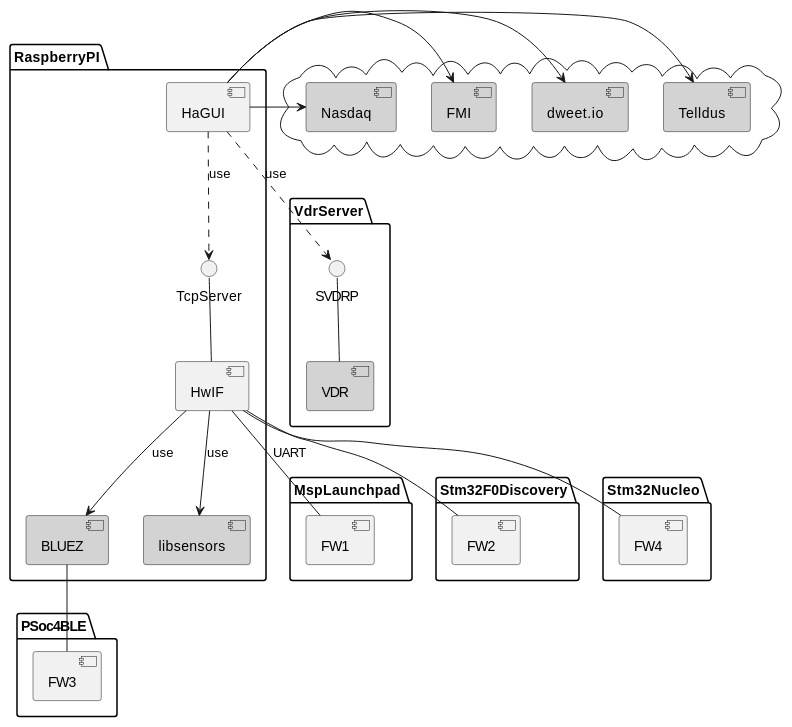
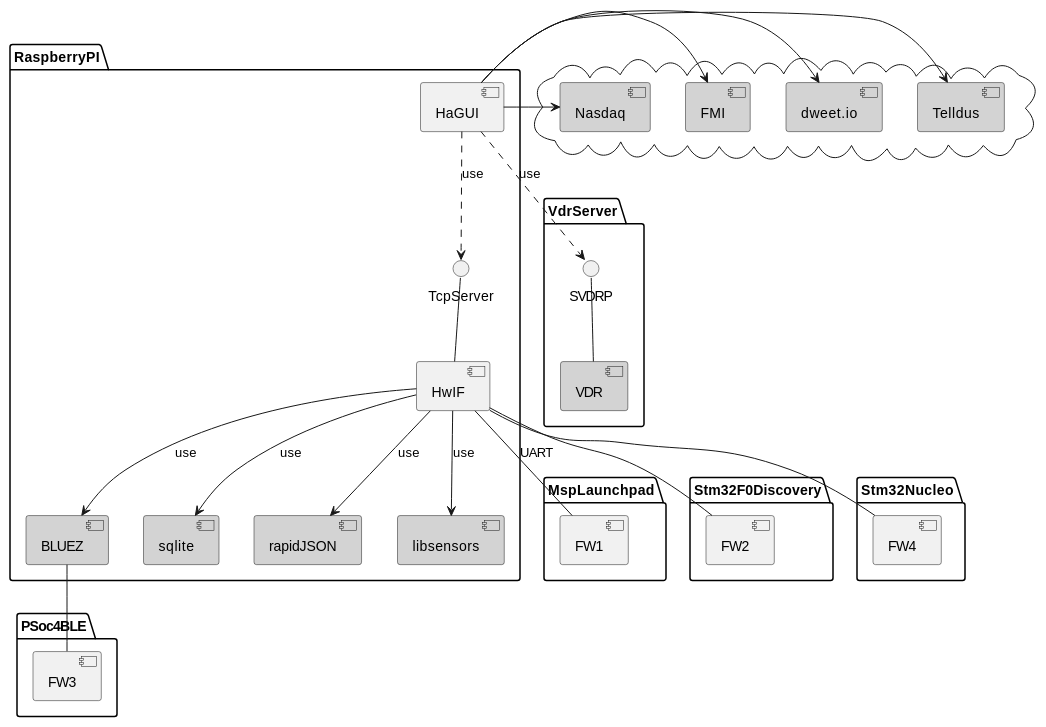
Before and after one commit to ojari/ojari.github.io: the diagram in github.org, drawn with PlantUML. The commit also changed other lines of this file, not shown here.

```diff
--- a/github.org
+++ b/github.org
@@ -16,58 +16,62 @@
 #+begin_src plantuml :file uml1.png
 skinparam componentStyle uml2
 
 package RaspberryPI {
    interface TcpServer
    [HaGUI]
    [HwIF]
 
    component [BLUEZ] #LightGrey
+   component [sqlite] #LightGrey
+   component [rapidJSON] #LightGrey
    component [libsensors] #LightGrey
 
    [HaGUI] .down.> TcpServer : use
 
    TcpServer -down- [HwIF]
    [HwIF] -down-> [BLUEZ] : use
    [HwIF] -down-> [libsensors] : use
+   [HwIF] -down-> [sqlite] : use
+   [HwIF] -down-> [rapidJSON] : use
 }
 
 package VdrServer {
    interface SVDRP
    component [VDR] #LightGrey
    SVDRP -down- [VDR]
 }
 
 package MspLaunchpad {
    [FW1]
 }
 
 package Stm32F0Discovery {
    [FW2]
 }
 
 package PSoc4BLE {
    [FW3]
 }
 
 package Stm32Nucleo {
    [FW4]
 }
 
 cloud {
    component [Telldus] #LightGrey
    component [dweet.io] #LightGrey
    component [FMI] #LightGrey
    component [Nasdaq] #LightGrey
 }
 
 [HaGUI] ..> SVDRP : use
 [HaGUI] -> [Telldus]
 [HaGUI] -> [dweet.io]
 [HaGUI] -> [FMI]
 [HaGUI] -> [Nasdaq]
 [HwIF] -- [FW1] : UART
 [HwIF] -- [FW2]
 [BLUEZ] -- [FW3]
 [HwIF] -- [FW4]
 
 #+end_src
```
